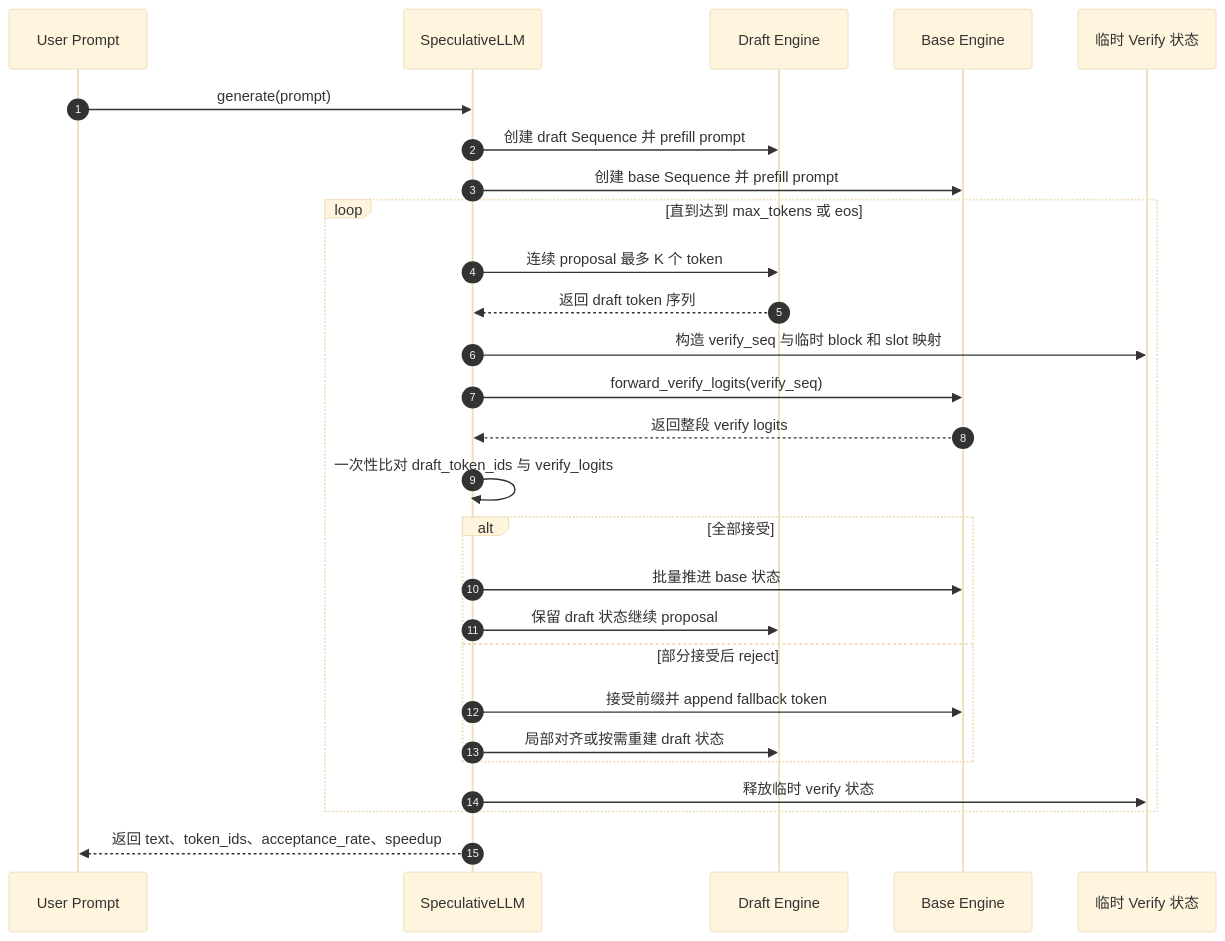
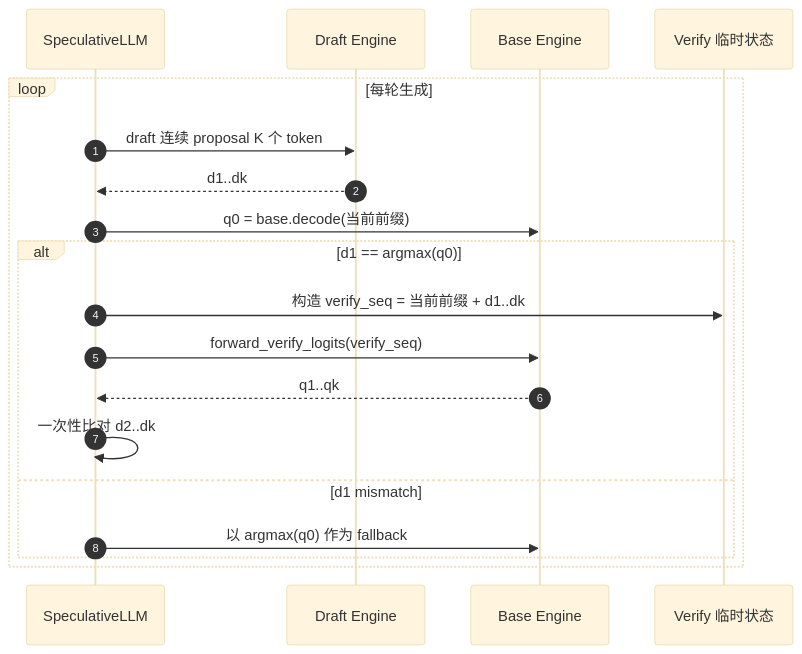
Before and after one commit to SnowLegend-star/nano-vllm: the second of 4 diagrams in speculative_decoding/SD方案设计.md, drawn with Mermaid (base theme). The commit also changed other lines of this file and 6 other files, not shown here.

````diff
--- a/speculative_decoding/SD方案设计.md
+++ b/speculative_decoding/SD方案设计.md
@@ -399,36 +156,22 @@
 ```mermaid
 sequenceDiagram
     autonumber
-    participant U as User Prompt
     participant S as SpeculativeLLM
     participant D as Draft Engine
     participant B as Base Engine
-    participant T as 临时 Verify 状态
+    participant V as Verify 临时状态
 
-    U->>S: generate(prompt)
-    S->>D: 创建 draft Sequence 并 prefill prompt
-    S->>B: 创建 base Sequence 并 prefill prompt
-
-    loop 直到达到 max_tokens 或 eos
-        S->>D: 连续 proposal 最多 K 个 token
-        D-->>S: 返回 draft token 序列
-
-        S->>T: 构造 verify_seq 与临时 block 和 slot 映射
-        S->>B: forward_verify_logits(verify_seq)
-        B-->>S: 返回整段 verify logits
-
-        S->>S: 一次性比对 draft_token_ids 与 verify_logits
-
-        alt 全部接受
-            S->>B: 批量推进 base 状态
-            S->>D: 保留 draft 状态继续 proposal
-        else 部分接受后 reject
-            S->>B: 接受前缀并 append fallback token
-            S->>D: 局部对齐或按需重建 draft 状态
+    loop 每轮生成
+        S->>D: draft 连续 proposal K 个 token
+        D-->>S: d1..dk
+        S->>B: q0 = base.decode(当前前缀)
+        alt d1 == argmax(q0)
+            S->>V: 构造 verify_seq = 当前前缀 + d1..dk
+            S->>B: forward_verify_logits(verify_seq)
+            B-->>S: q1..qk
+            S->>S: 一次性比对 d2..dk
+        else d1 mismatch
+            S->>B: 以 argmax(q0) 作为 fallback
         end
-
-        S->>T: 释放临时 verify 状态
     end
-
-    S-->>U: 返回 text、token_ids、acceptance_rate、speedup
 ```
````
